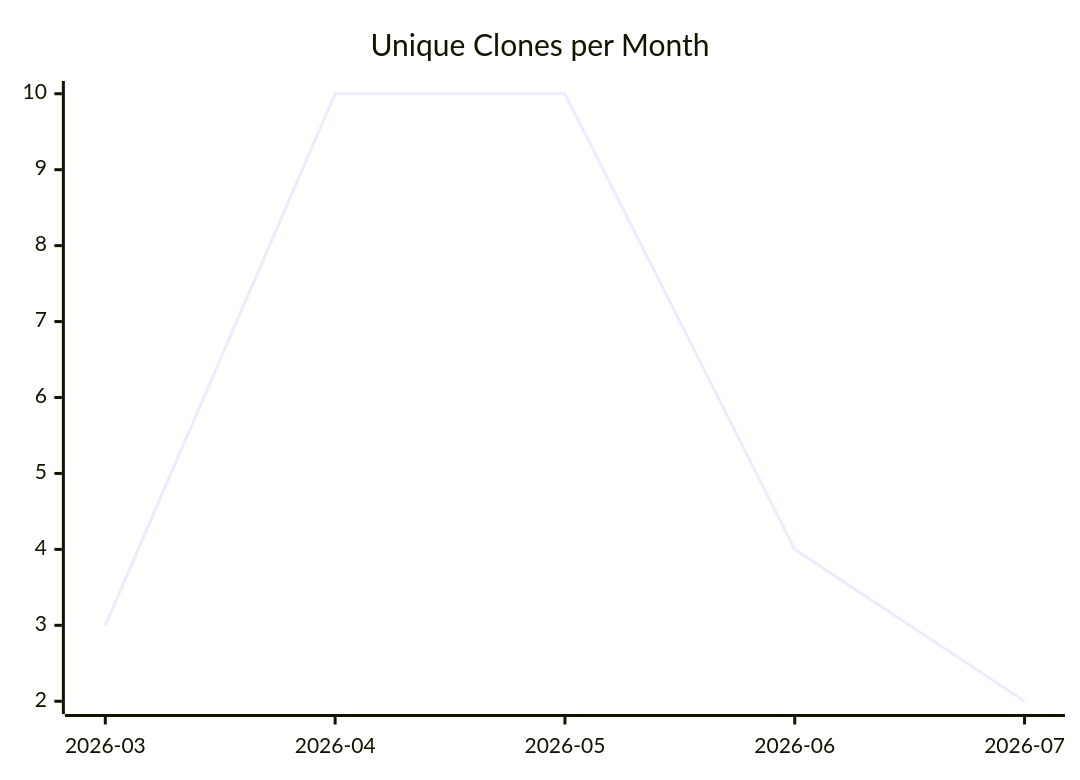
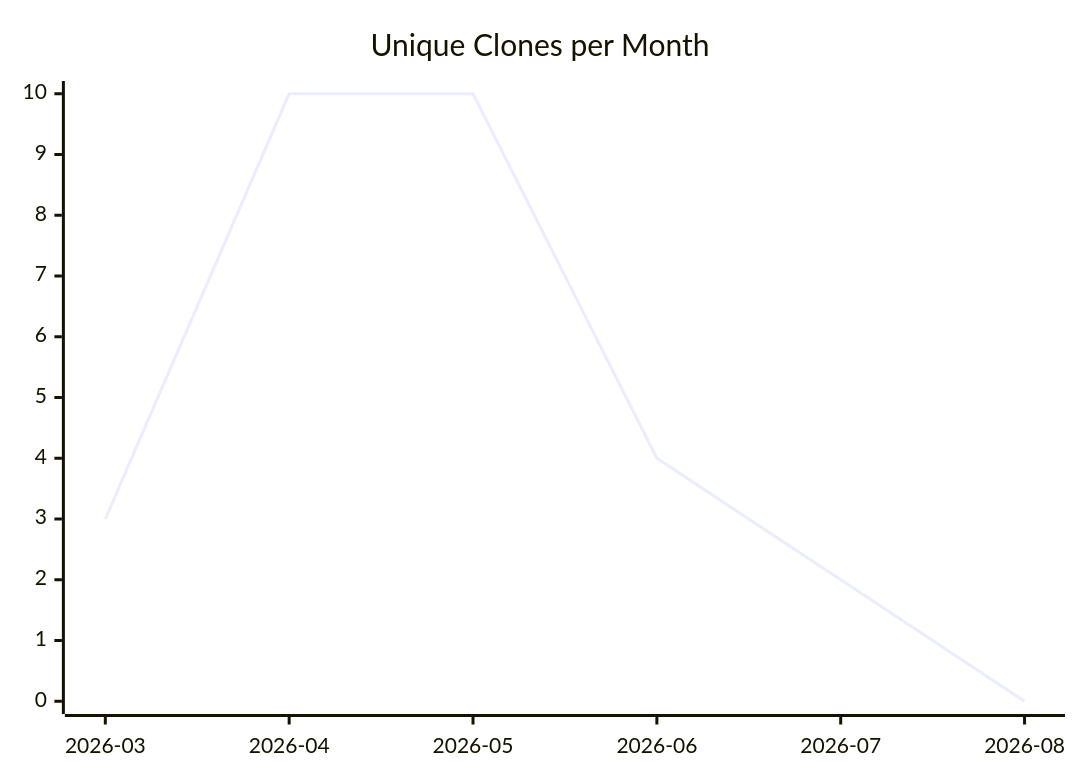
The third of 3 diagrams in karlmdavis/stockfighter-trades-solutions/README.md (justdavis-family/github-analytics-data), drawn with Mermaid before and after one commit. The commit also changed other lines of this file and 180 other files, not shown here.

````diff
--- a/karlmdavis/stockfighter-trades-solutions/README.md
+++ b/karlmdavis/stockfighter-trades-solutions/README.md
@@ -19,6 +19,6 @@
 ```mermaid
 xychart-beta
   title "Unique Clones per Month"
-  x-axis ["2026-03", "2026-04", "2026-05", "2026-06", "2026-07"]
-  line [3, 10, 10, 4, 2]
+  x-axis ["2026-03", "2026-04", "2026-05", "2026-06", "2026-07", "2026-08"]
+  line [3, 10, 10, 4, 2, 0]
 ```
````
